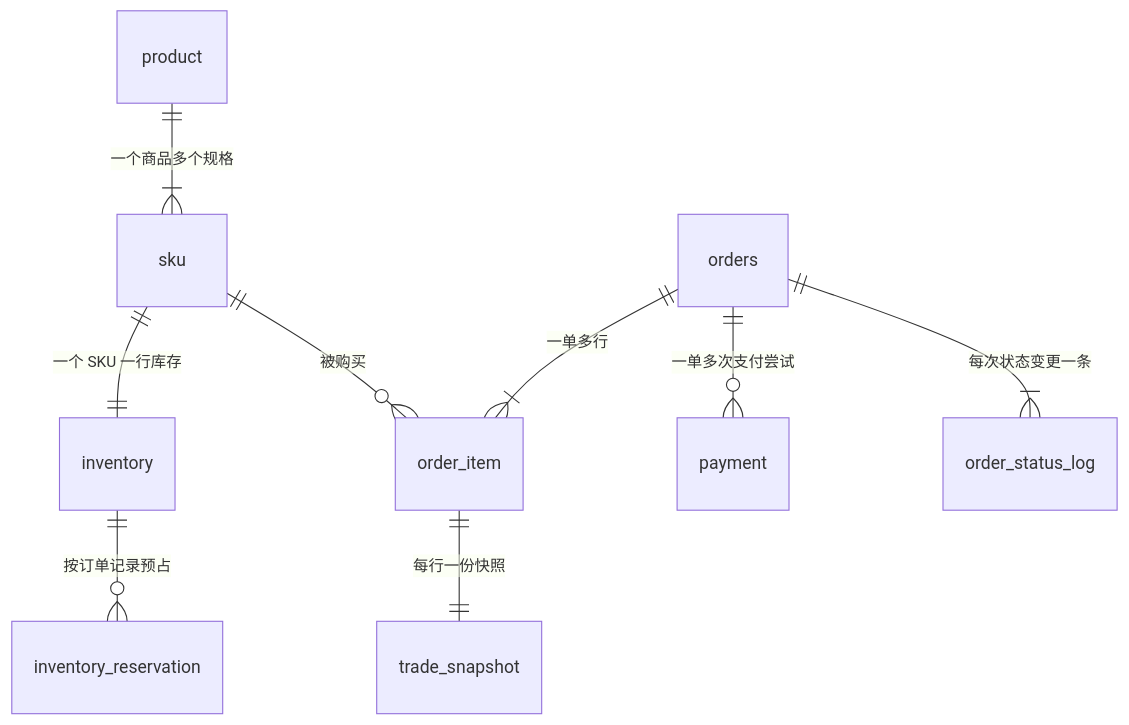
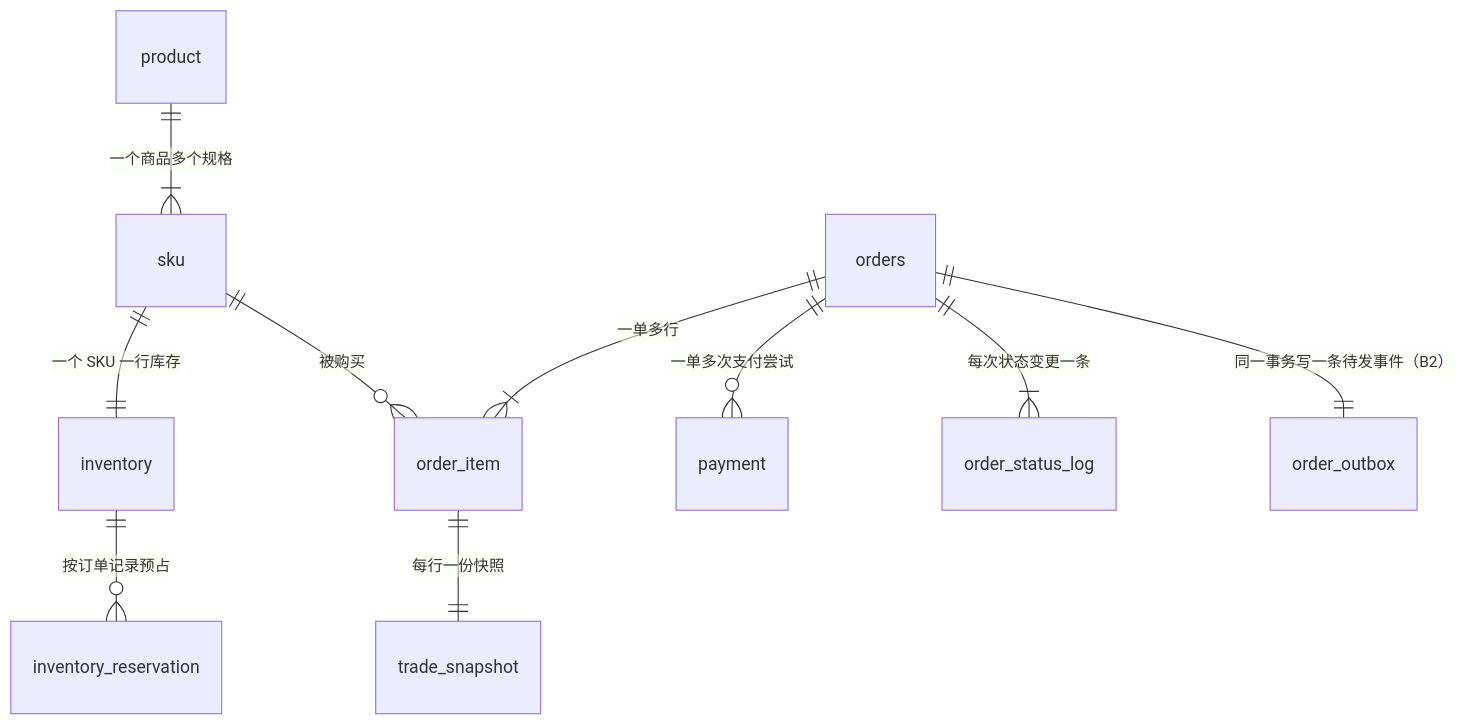
Before and after one commit to shqyecho6868-code/merchanthub: the first of 2 diagrams in docs/data-model.md, drawn with Mermaid. The commit also changed other lines of this file and 59 other files, not shown here.

````diff
--- a/docs/data-model.md
+++ b/docs/data-model.md
@@ -22,11 +22,12 @@
 ```mermaid
 erDiagram
     product ||--|{ sku : "一个商品多个规格"
     sku ||--|| inventory : "一个 SKU 一行库存"
     inventory ||--o{ inventory_reservation : "按订单记录预占"
     orders ||--|{ order_item : "一单多行"
     order_item ||--|| trade_snapshot : "每行一份快照"
     orders ||--o{ payment : "一单多次支付尝试"
     orders ||--|{ order_status_log : "每次状态变更一条"
     sku ||--o{ order_item : "被购买"
+    orders ||--|| order_outbox : "同一事务写一条待发事件（B2）"
 ```
````
